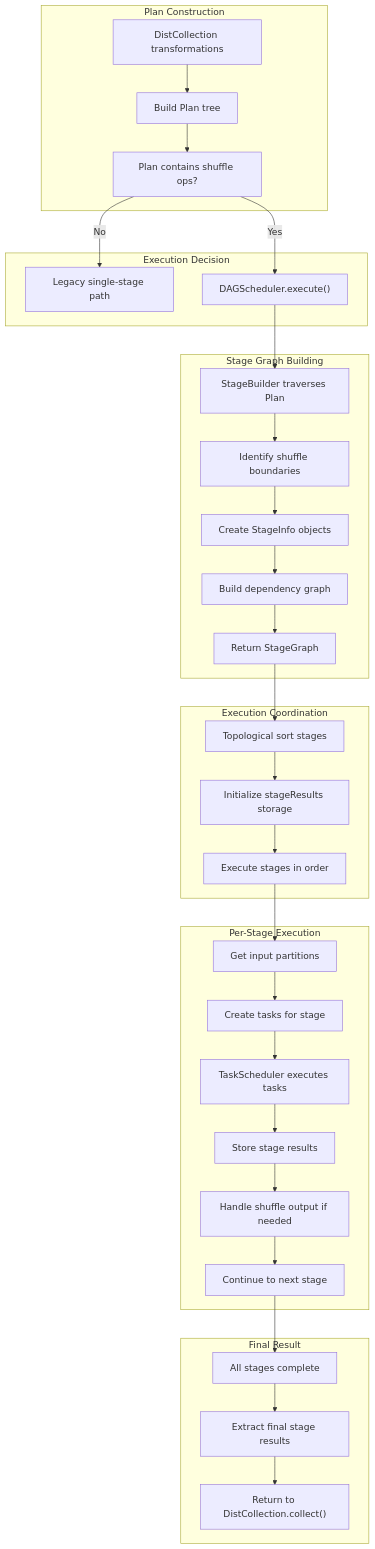
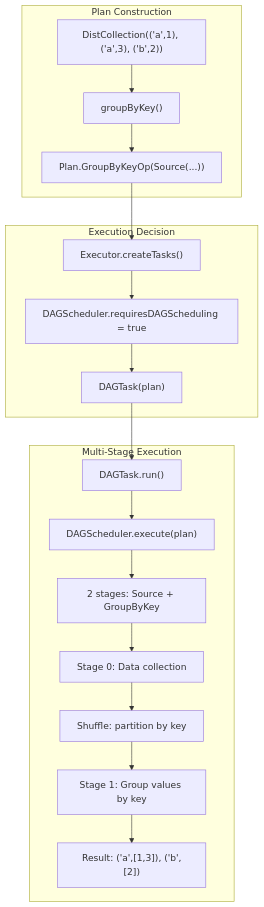
The eighth of 9 diagrams in DAGScheduler.md (ewoodbury/scarlet), drawn with Mermaid before and after one commit. The commit also changed other lines of this file and 3 other files, not shown here.

````diff
--- a/DAGScheduler.md
+++ b/DAGScheduler.md
@@ -204,41 +249,23 @@
 ```mermaid
 graph TB
     subgraph "Plan Construction"
-        A["DistCollection transformations"] --> B["Build Plan tree"]
-        B --> C["Plan contains shuffle ops?"]
+        A["DistCollection(('a',1), ('a',3), ('b',2))"] --> B["groupByKey()"]
+        B --> C["Plan.GroupByKeyOp(Source(...))"]
     end
     
     subgraph "Execution Decision"
-        C -->|No| D["Legacy single-stage path"]
-        C -->|Yes| E["DAGScheduler.execute()"]
+        C --> D["Executor.createTasks()"]
+        D --> E["DAGScheduler.requiresDAGScheduling = true"]
+        E --> F["DAGTask(plan)"]
     end
     
-    subgraph "Stage Graph Building"
-        E --> F["StageBuilder traverses Plan"]
-        F --> G["Identify shuffle boundaries"]
-        G --> H["Create StageInfo objects"]
-        H --> I["Build dependency graph"]
-        I --> J["Return StageGraph"]
-    end
-    
-    subgraph "Execution Coordination"
-        J --> K["Topological sort stages"]
-        K --> L["Initialize stageResults storage"]
-        L --> M["Execute stages in order"]
-    end
-    
-    subgraph "Per-Stage Execution"
-        M --> N["Get input partitions"]
-        N --> O["Create tasks for stage"]
-        O --> P["TaskScheduler executes tasks"]
-        P --> Q["Store stage results"]
-        Q --> R["Handle shuffle output if needed"]
-        R --> S["Continue to next stage"]
-    end
-    
-    subgraph "Final Result"
-        S --> T["All stages complete"]
-        T --> U["Extract final stage results"]
-        U --> V["Return to DistCollection.collect()"]
+    subgraph "Multi-Stage Execution"
+        F --> G["DAGTask.run()"]
+        G --> H["DAGScheduler.execute(plan)"]
+        H --> I["2 stages: Source + GroupByKey"]
+        I --> J["Stage 0: Data collection"]
+        J --> K["Shuffle: partition by key"]
+        K --> L["Stage 1: Group values by key"]
+        L --> M["Result: ('a',[1,3]), ('b',[2])"]
     end
 ```
````
